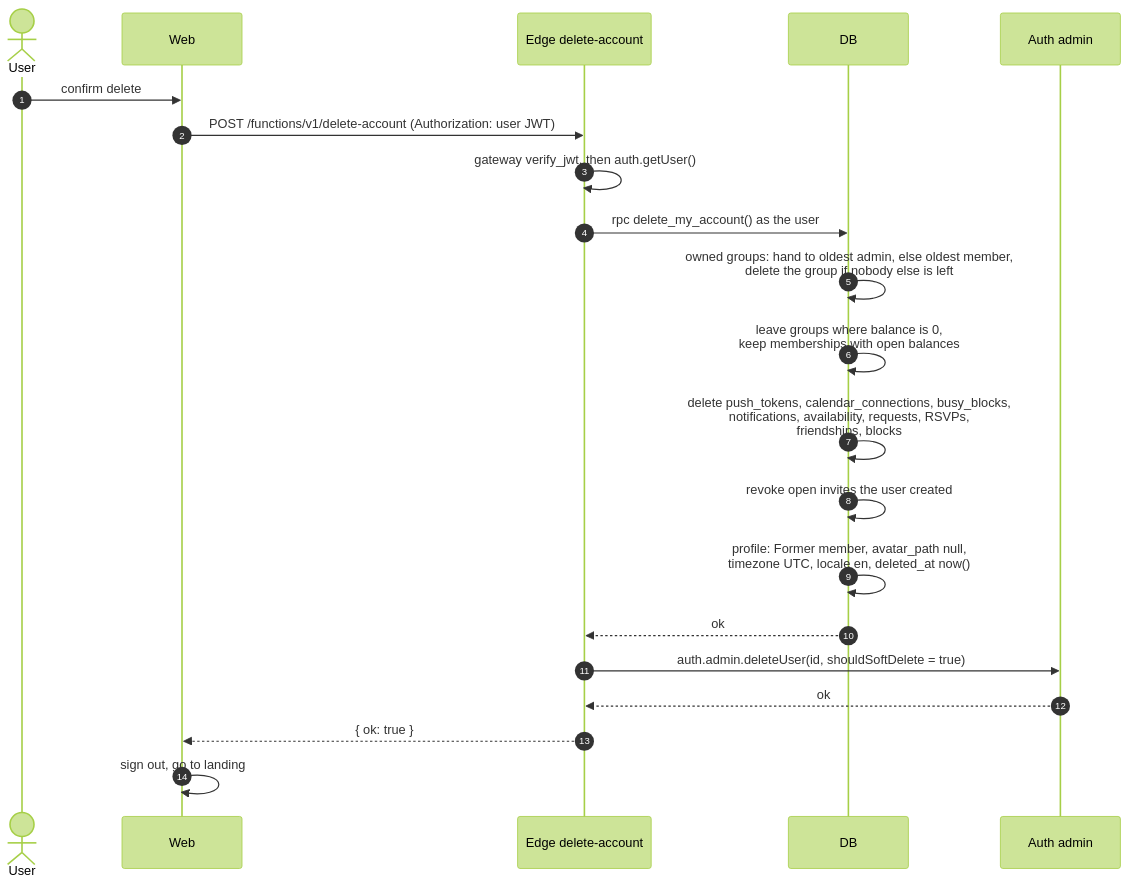
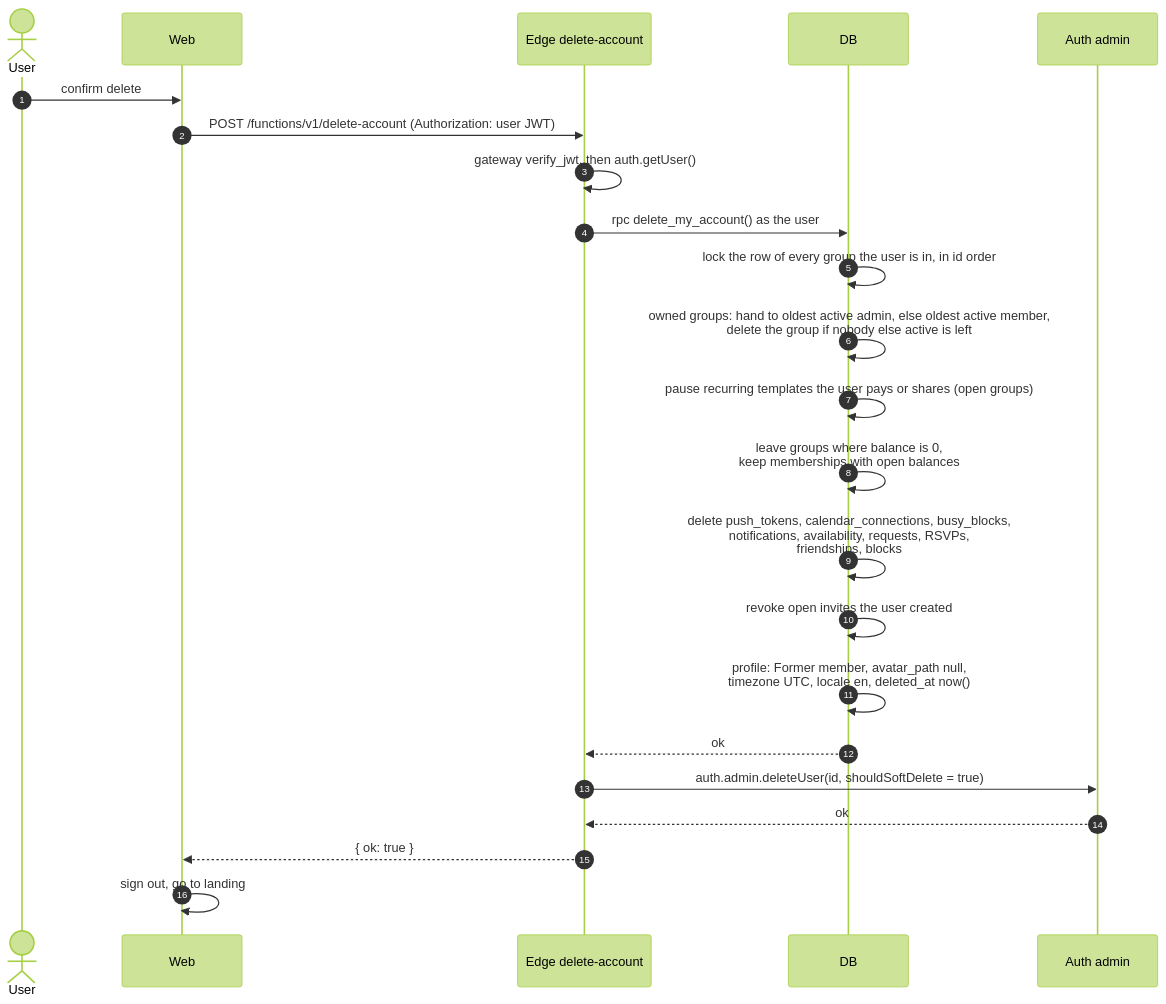
Before and after one commit to Fermulate/potluck: diagram 13 of 14 in docs/sequences.md, drawn with Mermaid (forest theme). The commit also changed other lines of this file and 1 other file, not shown here.

Commit message:
sequence diagrams follow blocks, locks and fx precision

````diff
--- a/docs/sequences.md
+++ b/docs/sequences.md
@@ -417,24 +417,26 @@
 ```mermaid
 sequenceDiagram
   autonumber
   actor U as User
   participant W as Web
   participant E as Edge delete-account
   participant DB as DB
   participant A as Auth admin
 
   U->>W: confirm delete
   W->>E: POST /functions/v1/delete-account (Authorization: user JWT)
   E->>E: gateway verify_jwt, then auth.getUser()
   E->>DB: rpc delete_my_account() as the user
-  DB->>DB: owned groups: hand to oldest admin, else oldest member,<br/>delete the group if nobody else is left
+  DB->>DB: lock the row of every group the user is in, in id order
+  DB->>DB: owned groups: hand to oldest active admin, else oldest active member,<br/>delete the group if nobody else active is left
+  DB->>DB: pause recurring templates the user pays or shares (open groups)
   DB->>DB: leave groups where balance is 0,<br/>keep memberships with open balances
   DB->>DB: delete push_tokens, calendar_connections, busy_blocks,<br/>notifications, availability, requests, RSVPs,<br/>friendships, blocks
   DB->>DB: revoke open invites the user created
   DB->>DB: profile: Former member, avatar_path null,<br/>timezone UTC, locale en, deleted_at now()
   DB-->>E: ok
   E->>A: auth.admin.deleteUser(id, shouldSoftDelete = true)
   A-->>E: ok
   E-->>W: { ok: true }
   W->>W: sign out, go to landing
 ```
````
